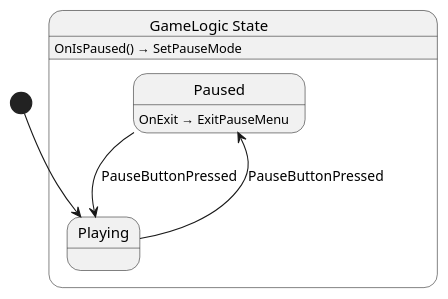
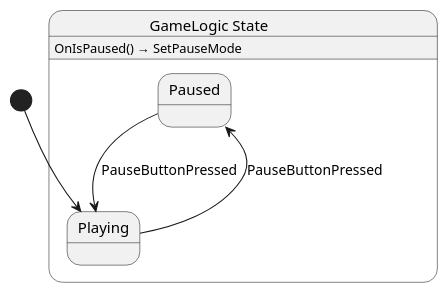
The diagram in src/game/state/GameLogic.g.puml (Nilsiker/Adventure), drawn with PlantUML before and after one commit. The commit also changed 17 other files, not shown here.

Commit message:
implement naive "back to main menu" from pause

```diff
--- a/src/game/state/GameLogic.g.puml
+++ b/src/game/state/GameLogic.g.puml
@@ -1,14 +1,13 @@
 @startuml GameLogic
 state "GameLogic State" as Shellguard_Game_State_GameLogic_State {
   state "Paused" as Shellguard_Game_State_GameLogic_State_Paused
   state "Playing" as Shellguard_Game_State_GameLogic_State_Playing
 }
 
 Shellguard_Game_State_GameLogic_State_Paused --> Shellguard_Game_State_GameLogic_State_Playing : PauseButtonPressed
 Shellguard_Game_State_GameLogic_State_Playing --> Shellguard_Game_State_GameLogic_State_Paused : PauseButtonPressed
 
 Shellguard_Game_State_GameLogic_State : OnIsPaused() → SetPauseMode
-Shellguard_Game_State_GameLogic_State_Paused : OnExit → ExitPauseMenu
 
 [*] --> Shellguard_Game_State_GameLogic_State_Playing
 @enduml
```
